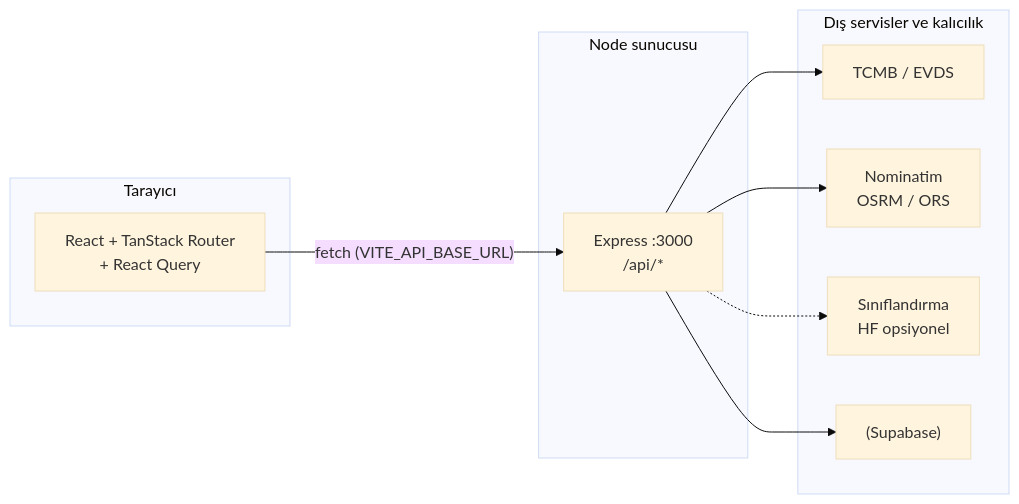
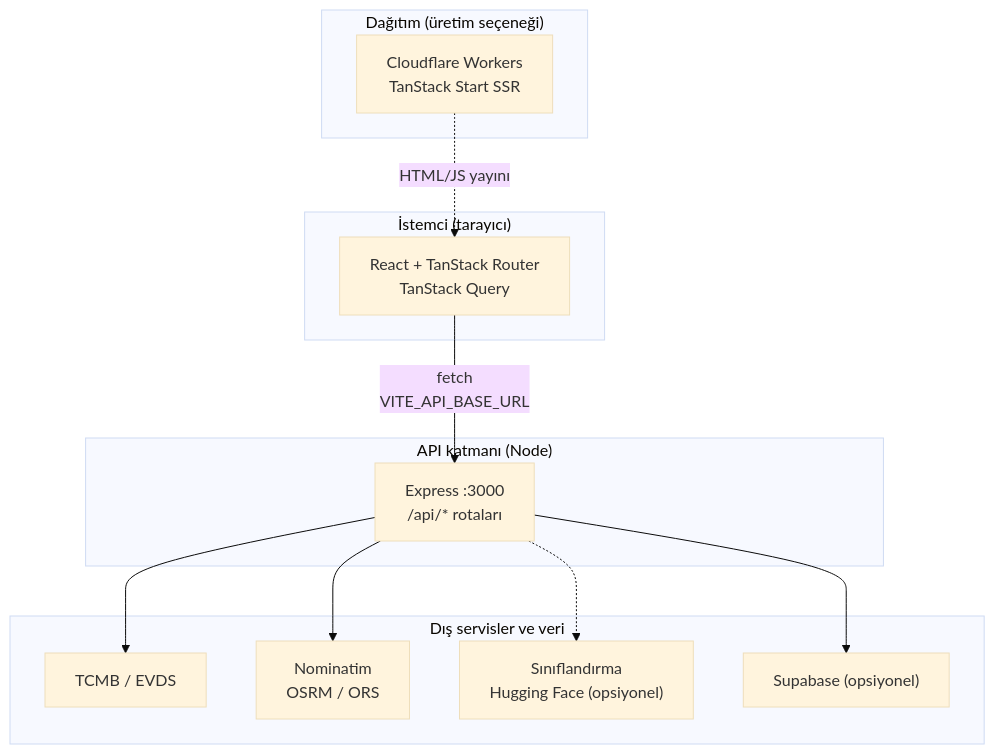
Before and after one commit to firtinaemirhan/kapadokyahackathon: the first of 2 diagrams in README.md, drawn with Mermaid (base theme). The commit also changed other lines of this file and 5 other files, not shown here.

````diff
--- a/README.md
+++ b/README.md
@@ -48,23 +55,28 @@
 ```mermaid
-flowchart LR
-  subgraph istemci["Tarayıcı"]
-    SPA["React + TanStack Router\n+ React Query"]
+flowchart TB
+  subgraph client["İstemci (tarayıcı)"]
+    UI["React + TanStack Router\nTanStack Query"]
   end
 
-  subgraph api["Node sunucusu"]
-    EX["Express :3000\n/api/*"]
+  subgraph edge["Dağıtım (üretim seçeneği)"]
+    CF["Cloudflare Workers\nTanStack Start SSR"]
   end
 
-  subgraph dis["Dış servisler ve kalıcılık"]
+  subgraph api["API katmanı (Node)"]
+    EX["Express :3000\n/api/* rotaları"]
+  end
+
+  subgraph ext["Dış servisler ve veri"]
     TCMB["TCMB / EVDS"]
     GEO["Nominatim\nOSRM / ORS"]
-    HF["Sınıflandırma\nHF opsiyonel"]
-    SB["(Supabase)"]
+    HF["Sınıflandırma\nHugging Face (opsiyonel)"]
+    SB["Supabase (opsiyonel)"]
   end
 
-  SPA -->|"fetch (VITE_API_BASE_URL)"| EX
+  UI -->|"fetch\nVITE_API_BASE_URL"| EX
+  CF -.->|"HTML/JS yayını"| UI
   EX --> TCMB
   EX --> GEO
   EX -.-> HF
   EX --> SB
 ```
````
